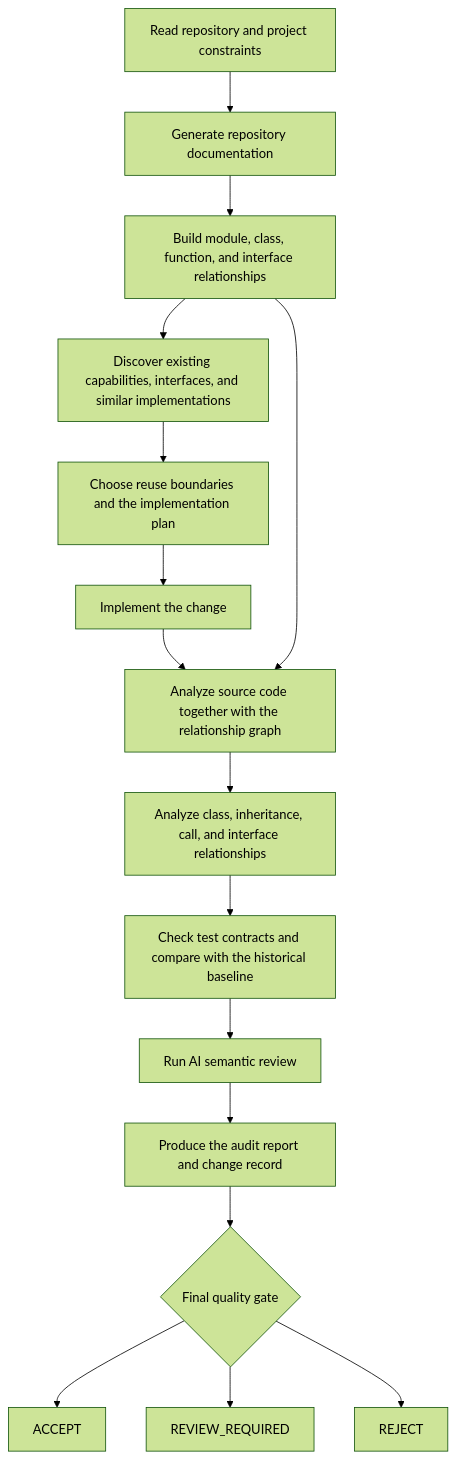
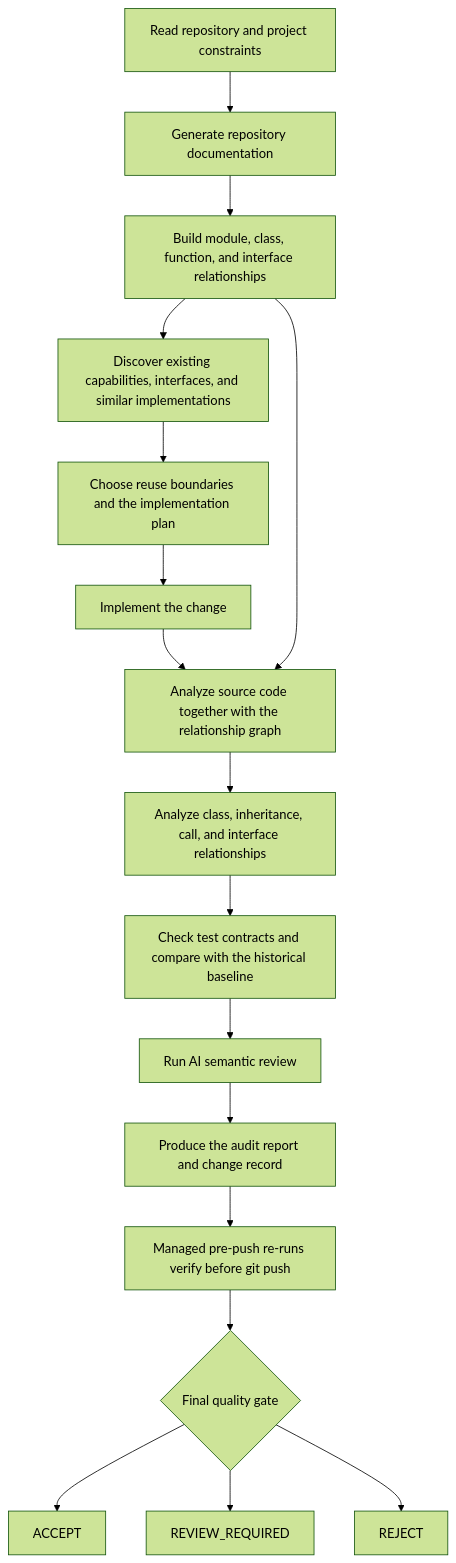
One commit to shijunfeng00/repository-quality-guard changed the first of 2 diagrams in README.md. Above: the diagram before and after it, drawn with Mermaid (forest theme). The commit also changed other lines of this file and 8 other files, not shown here.

````diff
--- a/README.md
+++ b/README.md
@@ -47,26 +48,27 @@
 ```mermaid
 flowchart TD
     A[Read repository and project constraints]
     B[Generate repository documentation]
     C[Build module, class, function, and interface relationships]
     D[Discover existing capabilities, interfaces, and similar implementations]
     E[Choose reuse boundaries and the implementation plan]
     F[Implement the change]
     G[Analyze source code together with the relationship graph]
     H[Analyze class, inheritance, call, and interface relationships]
     I[Check test contracts and compare with the historical baseline]
     J[Run AI semantic review]
     K[Produce the audit report and change record]
+    P[Managed pre-push re-runs verify before git push]
     L{Final quality gate}
     M[ACCEPT]
     N[REVIEW_REQUIRED]
     O[REJECT]
 
     A --> B --> C --> D --> E --> F
     F --> G
     C --> G
-    G --> H --> I --> J --> K --> L
+    G --> H --> I --> J --> K --> P --> L
     L --> M
     L --> N
     L --> O
 ```
````
